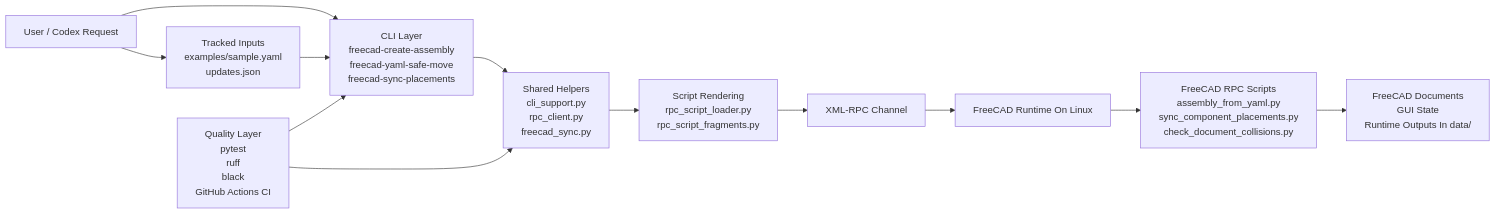
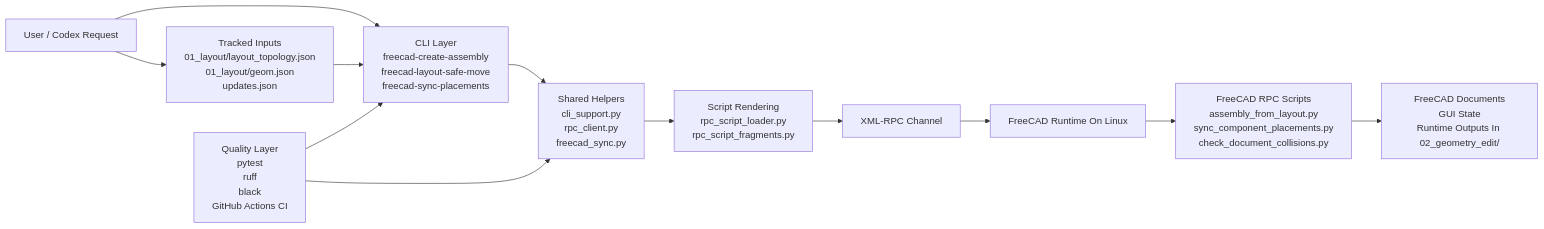
Before and after one commit to Bokai502/freecad-skill: the first of 3 diagrams in docs/ARCHITECTURE.md, drawn with Mermaid. The commit also changed other lines of this file and 24 other files, not shown here.

Commit message:
Refine FreeCAD layout dataset workflows

````diff
--- a/docs/ARCHITECTURE.md
+++ b/docs/ARCHITECTURE.md
@@ -9,25 +9,25 @@
 ```mermaid
 flowchart LR
     U["User / Codex Request"]
-    I["Tracked Inputs<br/>examples/sample.yaml<br/>updates.json"]
-    C["CLI Layer<br/>freecad-create-assembly<br/>freecad-yaml-safe-move<br/>freecad-sync-placements"]
+    I["Tracked Inputs<br/>01_layout/layout_topology.json<br/>01_layout/geom.json<br/>updates.json"]
+    C["CLI Layer<br/>freecad-create-assembly<br/>freecad-layout-safe-move<br/>freecad-sync-placements"]
     H["Shared Helpers<br/>cli_support.py<br/>rpc_client.py<br/>freecad_sync.py"]
     R["Script Rendering<br/>rpc_script_loader.py<br/>rpc_script_fragments.py"]
     X["XML-RPC Channel"]
     F["FreeCAD Runtime On Linux"]
-    P["FreeCAD RPC Scripts<br/>assembly_from_yaml.py<br/>sync_component_placements.py<br/>check_document_collisions.py"]
-    D["FreeCAD Documents<br/>GUI State<br/>Runtime Outputs In data/"]
+    P["FreeCAD RPC Scripts<br/>assembly_from_layout.py<br/>sync_component_placements.py<br/>check_document_collisions.py"]
+    D["FreeCAD Documents<br/>GUI State<br/>Runtime Outputs In 02_geometry_edit/"]
     T["Quality Layer<br/>pytest<br/>ruff<br/>black<br/>GitHub Actions CI"]
 
     U --> I
     U --> C
     I --> C
     C --> H
     H --> R
     R --> X
     X --> F
     F --> P
     P --> D
     T --> C
     T --> H
 ```
````
